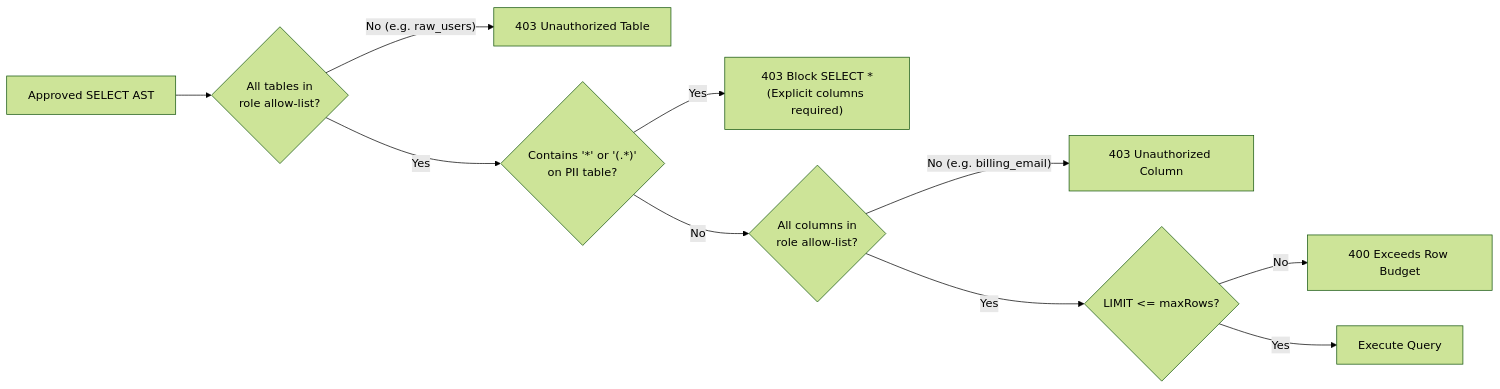
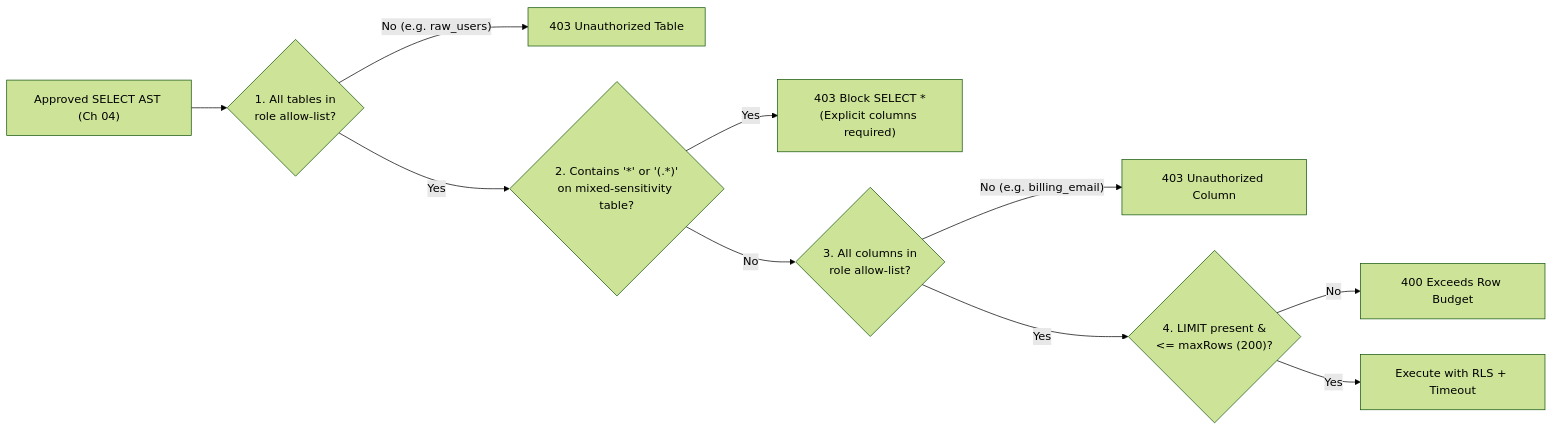
Before and after one commit to Amie-dev/FDE-and-GenAI-Mastery: the first of 2 diagrams in Lecture 26 - Semantic Text-to-SQL and Analytical Python/notes/05_Schema_and_Column_Authorization_and_Query_Budgets.md, drawn with Mermaid (forest theme). The commit also changed other lines of this file and 92 other files, not shown here.

````diff
--- a/Lecture 26 - Semantic Text-to-SQL and Analytical Python/notes/05_Schema_and_Column_Authorization_and_Query_Budgets.md
+++ b/Lecture 26 - Semantic Text-to-SQL and Analytical Python/notes/05_Schema_and_Column_Authorization_and_Query_Budgets.md
@@ -32,12 +33,12 @@
 ```mermaid
 flowchart LR
-    AST["Approved SELECT AST"] --> Tbl{"All tables in<br/>role allow-list?"}
-    Tbl -->|"No (e.g. raw_users)"| Block1["403 Unauthorized Table"]
-    Tbl -->|"Yes"| Star{"Contains '*' or '(.*)'<br/>on PII table?"}
-    Star -->|"Yes"| Block2["403 Block SELECT *<br/>(Explicit columns required)"]
-    Star -->|"No"| Col{"All columns in<br/>role allow-list?"}
-    Col -->|"No (e.g. billing_email)"| Block3["403 Unauthorized Column"]
-    Col -->|"Yes"| Lim{"LIMIT <= maxRows?"}
-    Lim -->|"No"| Block4["400 Exceeds Row Budget"]
-    Lim -->|"Yes"| Run["Execute Query"]
+    AST["Approved SELECT AST (Ch 04)"] --> Tbl{"1. All tables in<br/>role allow-list?"}
+    Tbl -->|"No (e.g. raw_users)"| B1["403 Unauthorized Table"]
+    Tbl -->|"Yes"| Star{"2. Contains '*' or '(.*)'<br/>on mixed-sensitivity table?"}
+    Star -->|"Yes"| B2["403 Block SELECT *<br/>(Explicit columns required)"]
+    Star -->|"No"| Col{"3. All columns in<br/>role allow-list?"}
+    Col -->|"No (e.g. billing_email)"| B3["403 Unauthorized Column"]
+    Col -->|"Yes"| Lim{"4. LIMIT present &<br/><= maxRows (200)?"}
+    Lim -->|"No"| B4["400 Exceeds Row Budget"]
+    Lim -->|"Yes"| Run["Execute with RLS + Timeout"]
 ```
````
